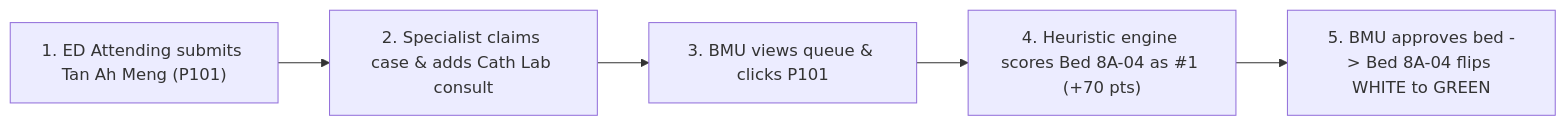
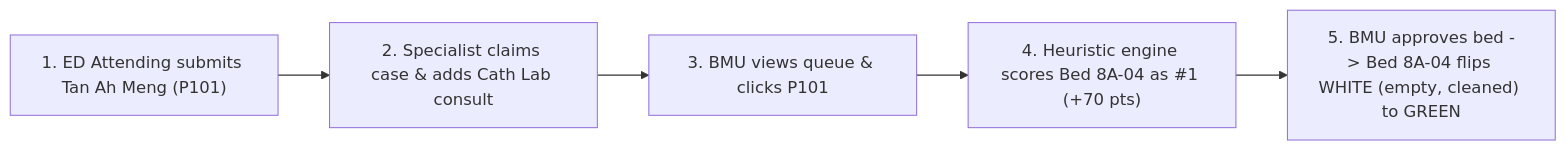
Before and after one commit to jrtan1191dev/enhance-hospital-admissions: the sixth of 7 diagrams in docs/technical-architecture.md, drawn with Mermaid. The commit also changed other lines of this file and 9 other files, not shown here.

````diff
--- a/docs/technical-architecture.md
+++ b/docs/technical-architecture.md
@@ -601,7 +601,7 @@
 ```mermaid
 graph LR
     Step1["1. ED Attending submits Tan Ah Meng (P101)"] --> Step2["2. Specialist claims case & adds Cath Lab consult"]
     Step2 --> Step3["3. BMU views queue & clicks P101"]
     Step3 --> Step4["4. Heuristic engine scores Bed 8A-04 as #1 (+70 pts)"]
-    Step4 --> Step5["5. BMU approves bed -> Bed 8A-04 flips WHITE to GREEN"]
+    Step4 --> Step5["5. BMU approves bed -> Bed 8A-04 flips WHITE (empty, cleaned) to GREEN"]
 ```
````
